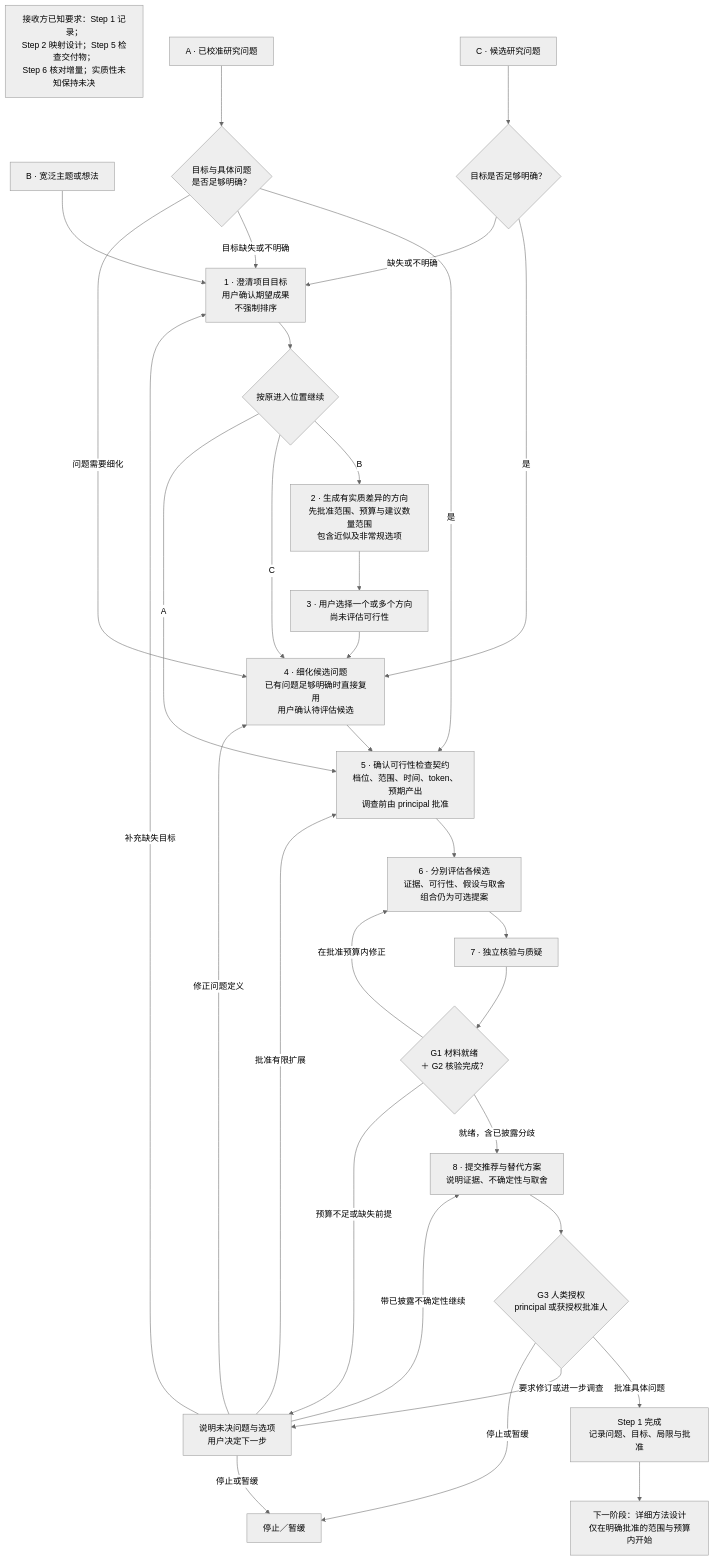
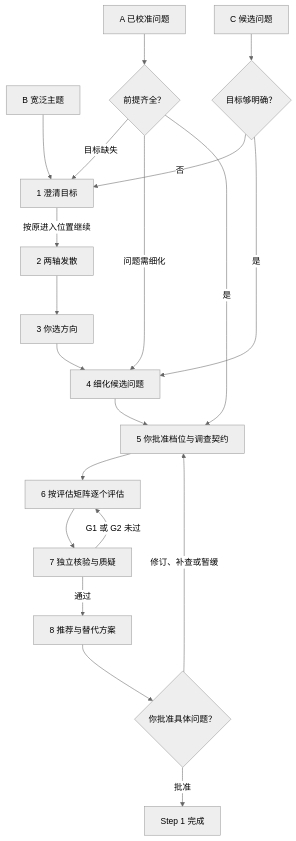
One commit to reinafeng2006/research-workflow changed the diagram in docs/step-1.md. Above: the diagram before and after it, drawn with Mermaid (neutral theme). The commit also changed other lines of this file and 10 other files, not shown here.

````diff
--- a/docs/step-1.md
+++ b/docs/step-1.md
@@ -17,40 +23,22 @@
 ```mermaid
 flowchart TD
-    DELIVERY["接收方已知要求：Step 1 记录；<br/>Step 2 映射设计；Step 5 检查交付物；<br/>Step 6 核对增量；实质性未知保持未决"]
-    B["B · 宽泛主题或想法"] --> P1
-    C["C · 候选研究问题"] --> Ccheck
-    A["A · 已校准研究问题"] --> Acheck
-    P1["1 · 澄清项目目标<br/>用户确认期望成果<br/>不强制排序"]
-    P1 --> Route{"按原进入位置继续"}
-    Route -->|B| P2
-    Route -->|C| P4
-    Route -->|A| P5
-    P2["2 · 生成有实质差异的方向<br/>先批准范围、预算与建议数量范围<br/>包含近似及非常规选项"]
-    P2 --> P3
-    P3["3 · 用户选择一个或多个方向<br/>尚未评估可行性"] --> P4
-    Ccheck{"目标是否足够明确？"}
-    Ccheck -->|是| P4
-    Ccheck -->|缺失或不明确| P1
-    P4["4 · 细化候选问题<br/>已有问题足够明确时直接复用<br/>用户确认待评估候选"] --> P5
-    Acheck{"目标与具体问题<br/>是否足够明确？"}
-    Acheck -->|是| P5
-    Acheck -->|目标缺失或不明确| P1
-    Acheck -->|问题需要细化| P4
-    P5["5 · 确认可行性检查契约<br/>档位、范围、时间、token、预期产出<br/>调查前由 principal 批准"] --> P6
-    P6["6 · 分别评估各候选<br/>证据、可行性、假设与取舍<br/>组合仍为可选提案"] --> V
-    V["7 · 独立核验与质疑"] --> Gate{"G1 材料就绪<br/>＋ G2 核验完成？"}
-    Gate -->|在批准预算内修正| P6
-    Gate -->|就绪，含已披露分歧| P8
-    Gate -->|预算不足或缺失前提| E
-    E["说明未决问题与选项<br/>用户决定下一步"]
-    E -->|批准有限扩展| P5
-    E -->|补充缺失目标| P1
-    E -->|修正问题定义| P4
-    E -->|带已披露不确定性继续| P8
-    E -->|停止或暂缓| Stop["停止／暂缓"]
-    P8["8 · 提交推荐与替代方案<br/>说明证据、不确定性与取舍"] --> H{"G3 人类授权<br/>principal 或获授权批准人"}
-    H -->|批准具体问题| Done["Step 1 完成<br/>记录问题、目标、局限与批准"]
-    H -->|要求修订或进一步调查| E
-    H -->|停止或暂缓| Stop
-    Done --> Next["下一阶段：详细方法设计<br/>仅在明确批准的范围与预算内开始"]
+    B["B 宽泛主题"] --> P1["1 澄清目标"]
+    C["C 候选问题"] --> CK{"目标够明确？"}
+    A["A 已校准问题"] --> AK{"前提齐全？"}
+    CK -->|否| P1
+    CK -->|是| P4
+    AK -->|目标缺失| P1
+    AK -->|问题需细化| P4
+    AK -->|是| P5
+    P1 -->|按原进入位置继续| P2["2 两轴发散"]
+    P2 --> P3["3 你选方向"]
+    P3 --> P4["4 细化候选问题"]
+    P4 --> P5["5 你批准档位与调查契约"]
+    P5 --> P6["6 按评估矩阵逐个评估"]
+    P6 --> P7["7 独立核验与质疑"]
+    P7 -->|G1 或 G2 未过| P6
+    P7 -->|通过| P8["8 推荐与替代方案"]
+    P8 --> H{"你批准具体问题？"}
+    H -->|批准| DONE["Step 1 完成"]
+    H -->|修订、补查或暂缓| P5
 ```
````
